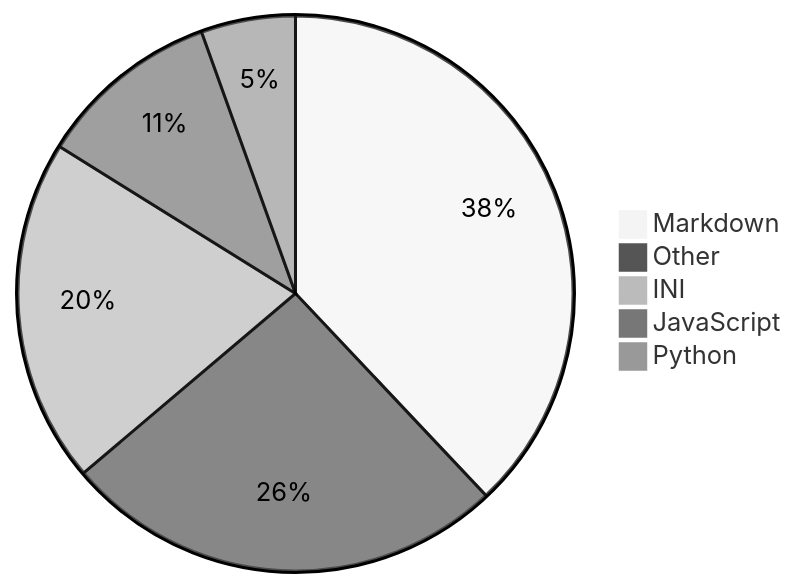
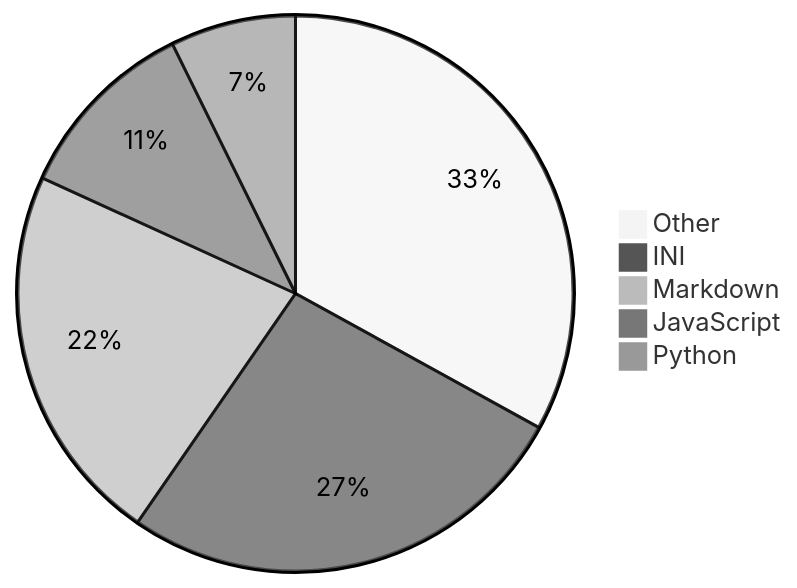
Before and after one commit to Alicia111/alicia111: the diagram in README.md, drawn with Mermaid (neutral theme).

Commit message:
Update WakaTime stats (・ω・)b

````diff
--- a/README.md
+++ b/README.md
@@ -32,8 +32,8 @@
 ```mermaid
 pie
-    "Markdown" : 32.99
-    "Other" : 22.46
-    "INI" : 17.42
-    "JavaScript" : 9.25
-    "Python" : 4.77
+    "Other" : 27.61
+    "INI" : 22.25
+    "Markdown" : 18.57
+    "JavaScript" : 9.11
+    "Python" : 6.1
 ```
````
